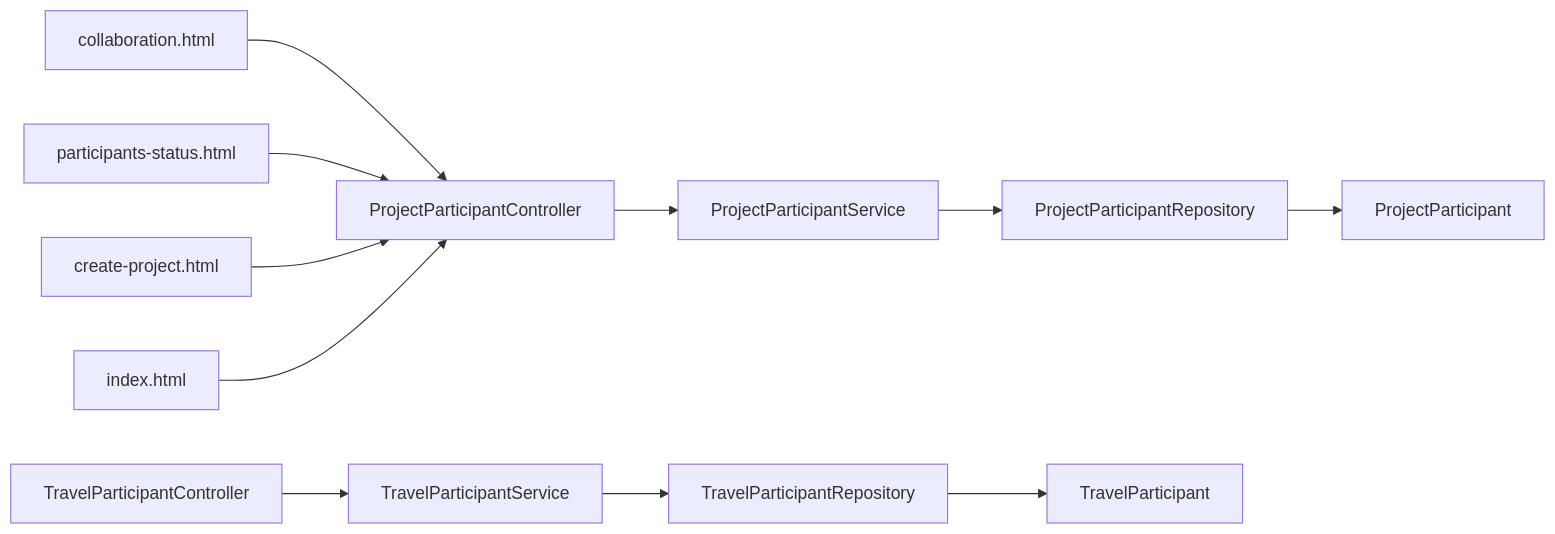
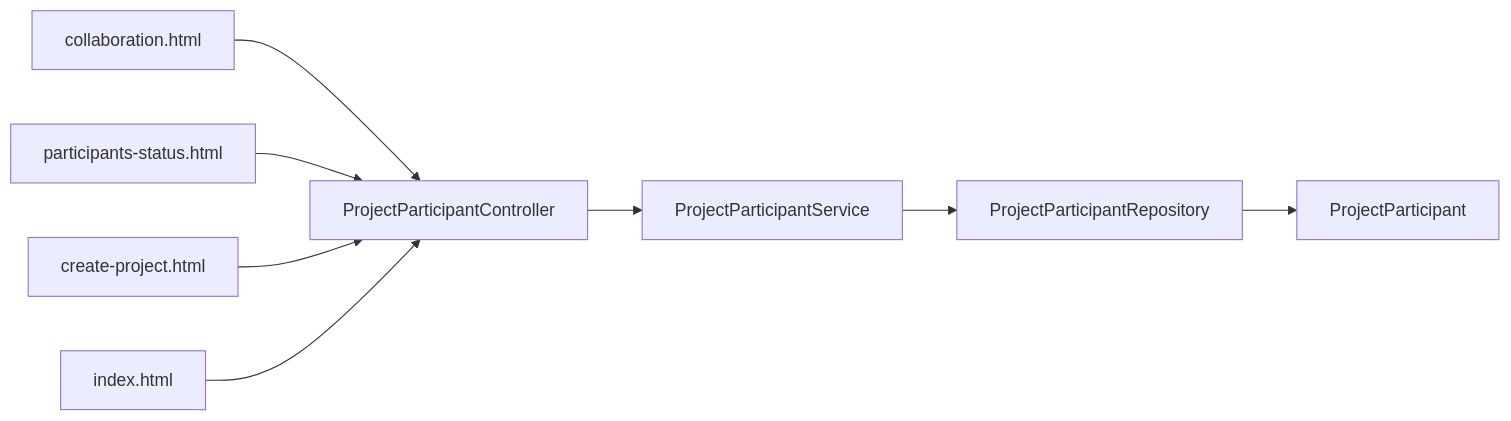
The sixth of 6 diagrams in .qoder/repowiki/zh/content/核心功能模块/协作功能/权限管理.md (3217741252tsl-collab/tudianersha), drawn with Mermaid before and after one commit. The commit also changed other lines of this file and 4 other files, not shown here.

````diff
--- a/.qoder/repowiki/zh/content/核心功能模块/协作功能/权限管理.md
+++ b/.qoder/repowiki/zh/content/核心功能模块/协作功能/权限管理.md
@@ -311,13 +288,10 @@
 ```mermaid
 graph LR
 FE1["collaboration.html"] --> API1["ProjectParticipantController"]
 FE2["participants-status.html"] --> API1
 FE3["create-project.html"] --> API1
 FE4["index.html"] --> API1
 API1 --> SVC1["ProjectParticipantService"]
 SVC1 --> REP1["ProjectParticipantRepository"]
 REP1 --> ENT1["ProjectParticipant"]
-API2["TravelParticipantController"] --> SVC2["TravelParticipantService"]
-SVC2 --> REP2["TravelParticipantRepository"]
-REP2 --> ENT2["TravelParticipant"]
 ```
````
